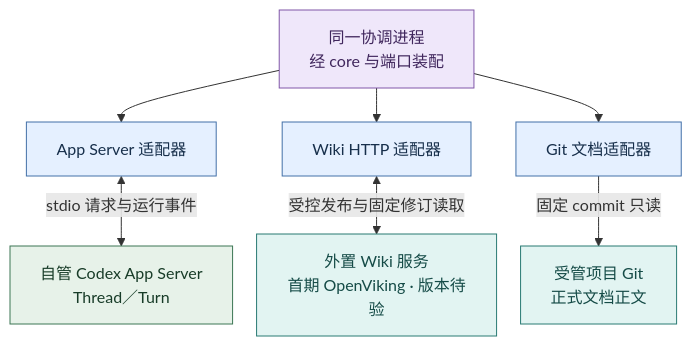
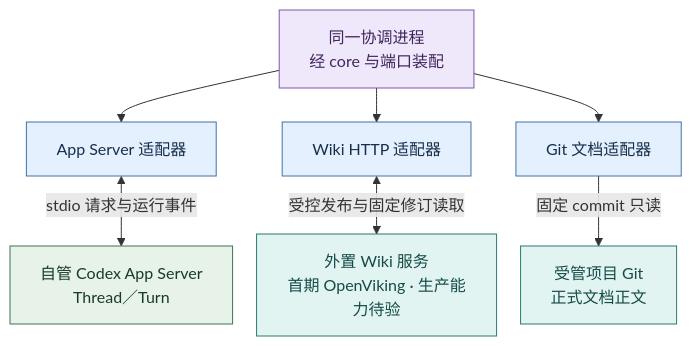
One commit to cyl19970726/evoLoop changed the second of 3 diagrams in docs/architecture/packages.md. Above: the diagram before and after it, drawn with Mermaid. The commit also changed other lines of this file and 156 other files, not shown here.

````diff
--- a/docs/architecture/packages.md
+++ b/docs/architecture/packages.md
@@ -54,15 +54,15 @@
 ```mermaid
 %%{init: {"flowchart":{"wrappingWidth":180,"nodeSpacing":24,"rankSpacing":34}}}%%
 flowchart TB
   C["同一协调进程<br/>经 core 与端口装配"]:::core
   C --> R["App Server 适配器"]:::adapter
   C --> W["Wiki HTTP 适配器"]:::adapter
   C --> G["Git 文档适配器"]:::adapter
   R <-->|stdio 请求与运行事件| AS["自管 Codex App Server<br/>Thread／Turn"]:::runtime
-  W <-->|受控发布与固定修订读取| OV["外置 Wiki 服务<br/>首期 OpenViking · 版本待验"]:::authority
+  W <-->|受控发布与固定修订读取| OV["外置 Wiki 服务<br/>首期 OpenViking · 生产能力待验"]:::authority
   G -->|固定 commit 只读| GR["受管项目 Git<br/>正式文档正文"]:::authority
   classDef core fill:#EFE7FA,stroke:#8056A8,color:#40275D
   classDef adapter fill:#E5F0FF,stroke:#4270A8,color:#172F4B
   classDef authority fill:#E2F4F2,stroke:#297A73,color:#154B47
   classDef runtime fill:#E7F2E9,stroke:#3C7654,color:#183C28
 ```
````
